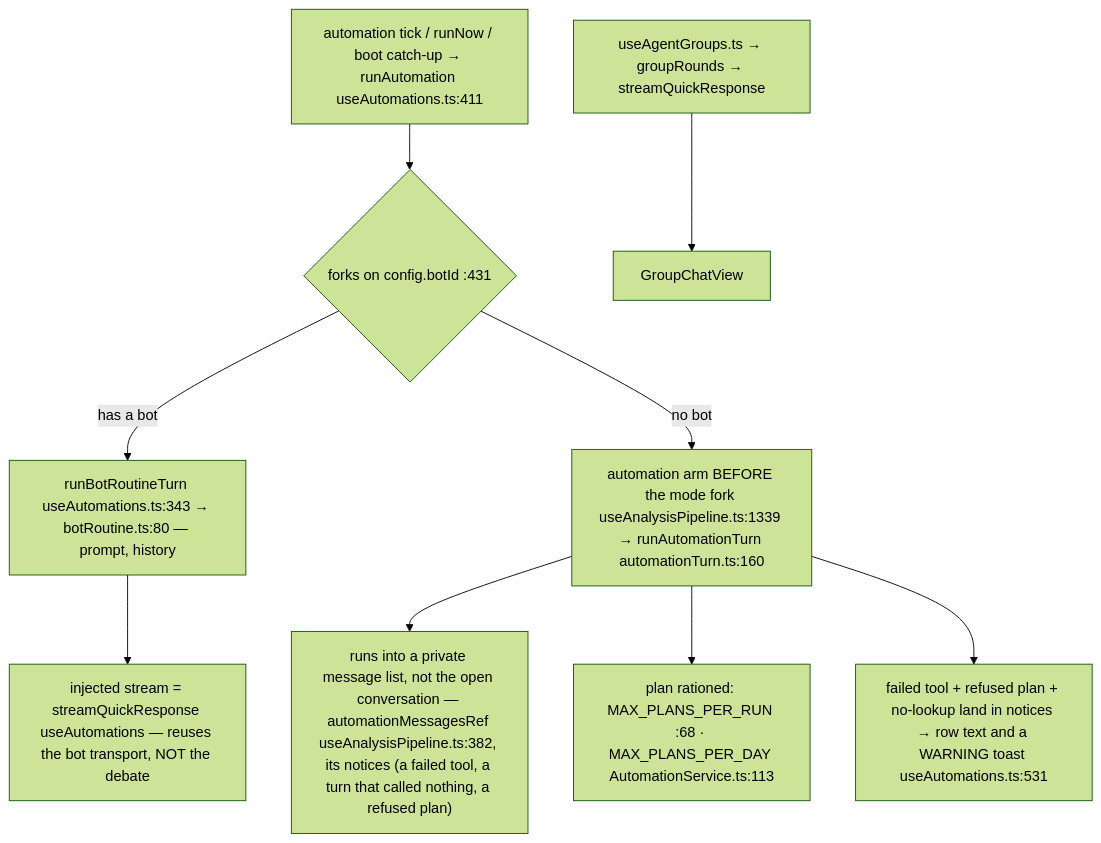
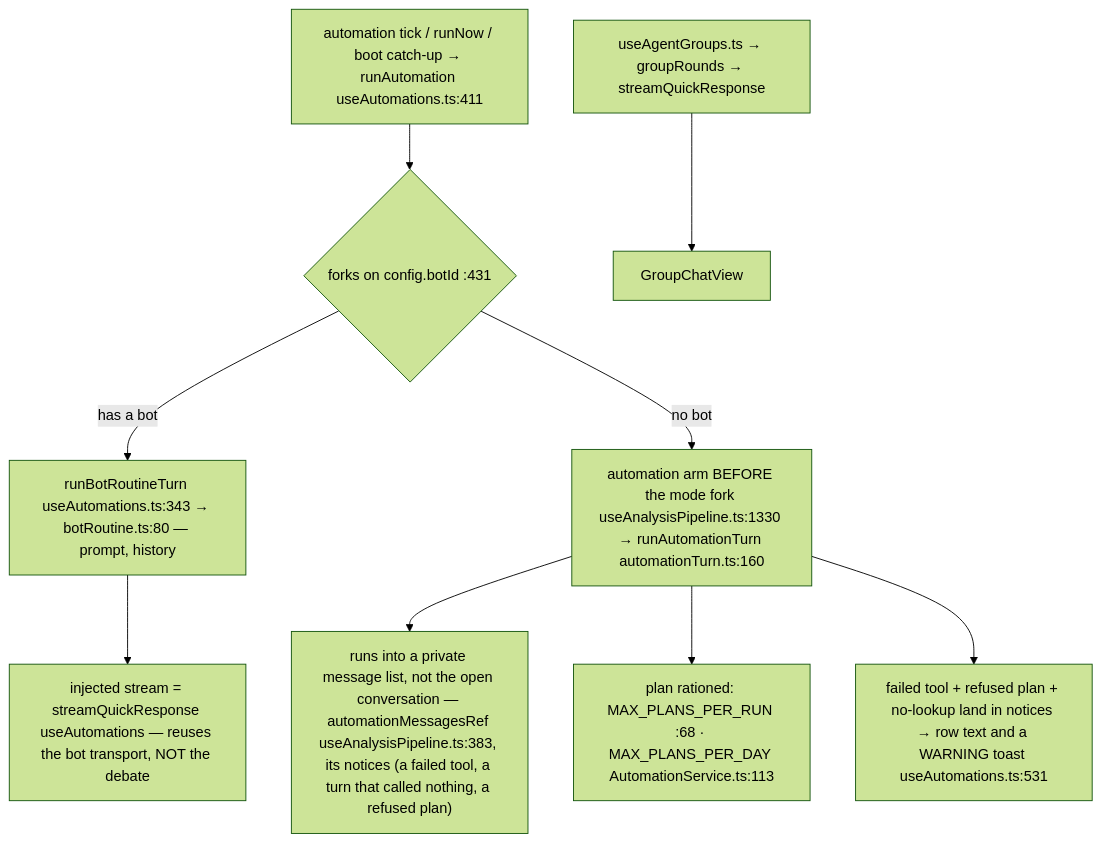
The fifth of 7 diagrams in docs/app-flow.md (Acepay25/august-3.5), drawn with Mermaid (forest theme) before and after one commit. The commit also changed other lines of this file and 61 other files, not shown here.

````diff
--- a/docs/app-flow.md
+++ b/docs/app-flow.md
@@ -246,11 +253,11 @@
 ```mermaid
 flowchart TD
     TK["automation tick / runNow / boot catch-up → runAutomation useAutomations.ts:411"] --> D{"forks on config.botId :431"}
     D -->|has a bot| BR["runBotRoutineTurn useAutomations.ts:343 → botRoutine.ts:80 — prompt, history"]
     BR --> ST["injected stream = streamQuickResponse useAutomations — reuses the bot transport, NOT the debate"]
-    D -->|no bot| AT["automation arm BEFORE the mode fork useAnalysisPipeline.ts:1339 → runAutomationTurn automationTurn.ts:160"]
-    AT --> PRIV["runs into a private message list, not the open conversation — automationMessagesRef useAnalysisPipeline.ts:382, its notices (a failed tool, a turn that called nothing, a refused plan)"]
+    D -->|no bot| AT["automation arm BEFORE the mode fork useAnalysisPipeline.ts:1330 → runAutomationTurn automationTurn.ts:160"]
+    AT --> PRIV["runs into a private message list, not the open conversation — automationMessagesRef useAnalysisPipeline.ts:383, its notices (a failed tool, a turn that called nothing, a refused plan)"]
     AT --> CAP["plan rationed: MAX_PLANS_PER_RUN :68 · MAX_PLANS_PER_DAY AutomationService.ts:113"]
     AT --> FAIL["failed tool + refused plan + no-lookup land in notices → row text and a WARNING toast useAutomations.ts:531"]
     GR["useAgentGroups.ts → groupRounds → streamQuickResponse"] --> GV["GroupChatView"]
 ```
````
